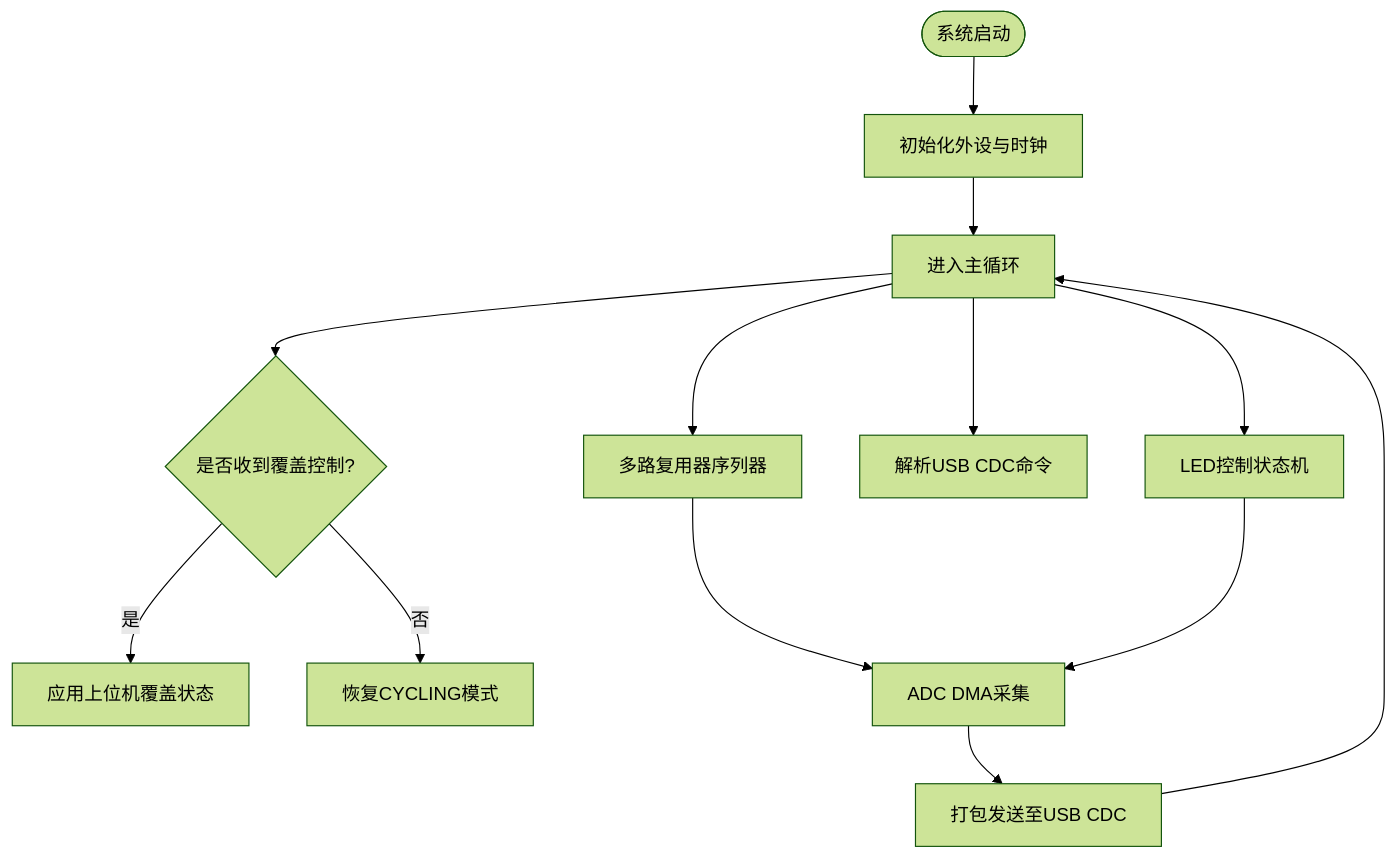
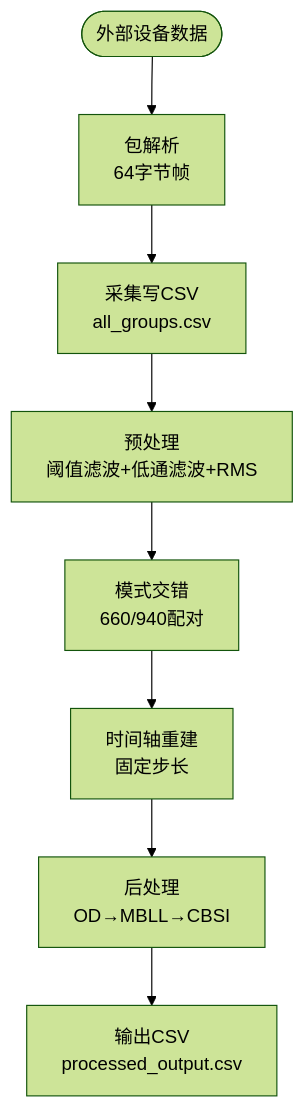
The third of 4 diagrams in .qoder/repowiki/zh/content/项目概述.md (zhushizi/fNIRS-main), drawn with Mermaid (forest theme) before and after one commit. The commit also changed other lines of this file and 28 other files, not shown here.

````diff
--- a/.qoder/repowiki/zh/content/项目概述.md
+++ b/.qoder/repowiki/zh/content/项目概述.md
@@ -155,15 +135,10 @@
 ```mermaid
 flowchart TD
-Start(["系统启动"]) --> Init["初始化外设与时钟"]
-Init --> RunLoop["进入主循环"]
-RunLoop --> SeqMUX["多路复用器序列器"]
-RunLoop --> LedCtrl["LED控制状态机"]
-RunLoop --> ParseUSB["解析USB CDC命令"]
-RunLoop --> UpdateFlags{"是否收到覆盖控制?"}
-UpdateFlags --> |是| Override["应用上位机覆盖状态"]
-UpdateFlags --> |否| Cycle["恢复CYCLING模式"]
-SeqMUX --> ADCRead["ADC DMA采集"]
-LedCtrl --> ADCRead
-ADCRead --> SendUSB["打包发送至USB CDC"]
-SendUSB --> RunLoop
+Start(["外部设备数据"]) --> Parse["包解析<br/>64字节帧"]
+Parse --> Capture["采集写CSV<br/>all_groups.csv"]
+Capture --> PreProcess["预处理<br/>阈值滤波+低通滤波+RMS"]
+PreProcess --> Interleave["模式交错<br/>660/940配对"]
+Interleave --> Rebuild["时间轴重建<br/>固定步长"]
+Rebuild --> PostProcess["后处理<br/>OD→MBLL→CBSI"]
+PostProcess --> Output["输出CSV<br/>processed_output.csv"]
 ```
````
